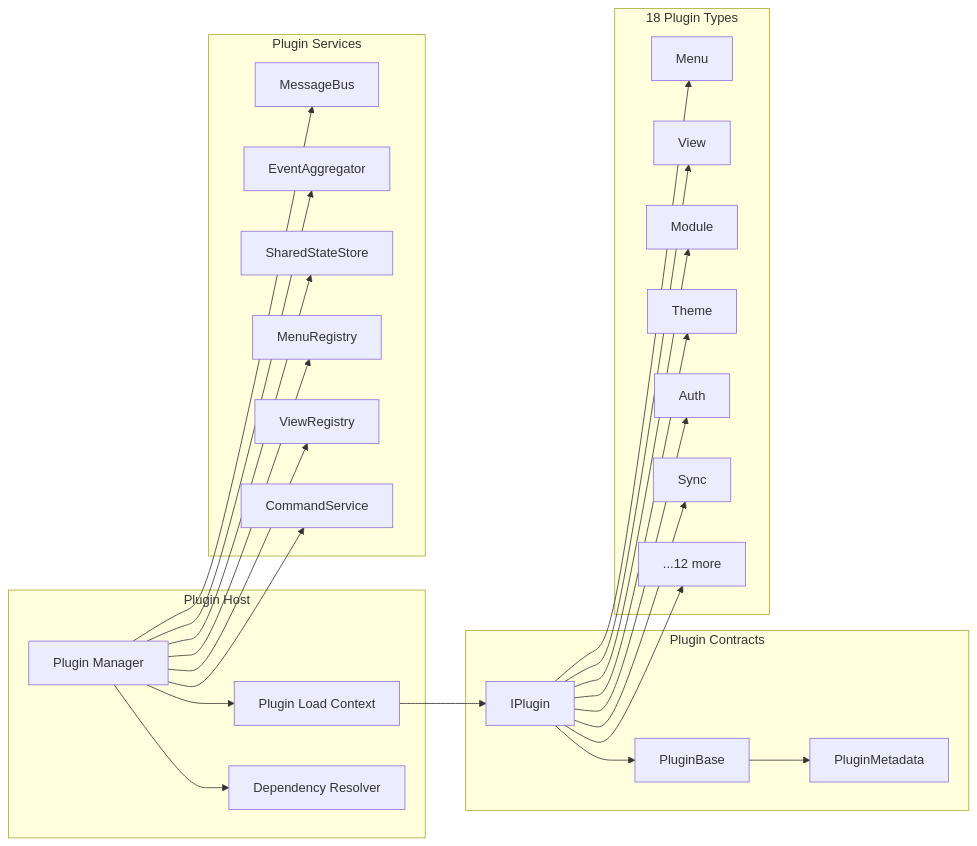
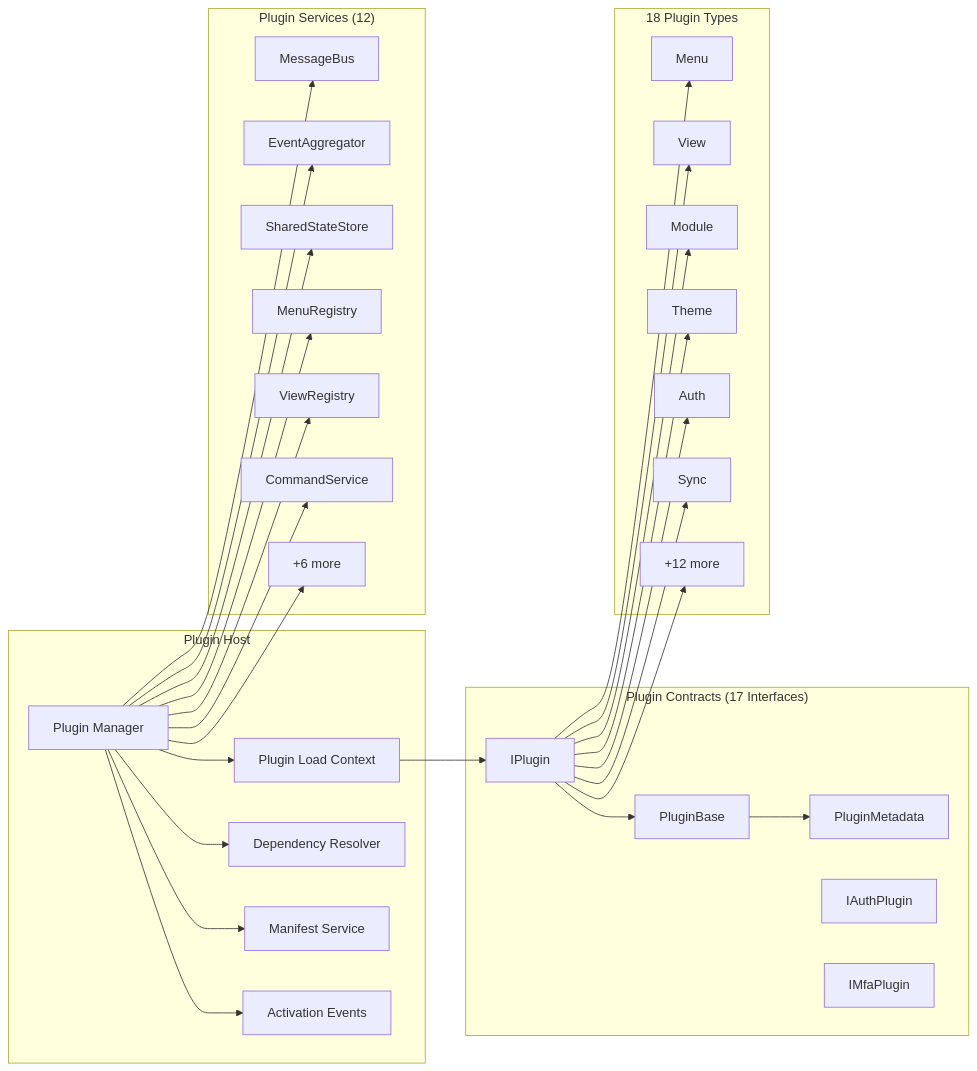
Before and after one commit to jrjohn/arcana-windows: the third of 8 diagrams in README.md, drawn with Mermaid. The commit also changed other lines of this file and 914 other files, not shown here.

````diff
--- a/README.md
+++ b/README.md
@@ -443,54 +456,62 @@
 ```mermaid
 flowchart LR
     subgraph PluginHost["Plugin Host"]
         PM[Plugin Manager]
         PLC[Plugin Load Context]
         DR[Dependency Resolver]
+        MS[Manifest Service]
+        AE[Activation Events]
     end
 
-    subgraph PluginContract["Plugin Contracts"]
+    subgraph PluginContract["Plugin Contracts (17 Interfaces)"]
         IP[IPlugin]
         PB[PluginBase]
         PM2[PluginMetadata]
+        IAP[IAuthPlugin]
+        IMP[IMfaPlugin]
     end
 
-    subgraph PluginServices["Plugin Services"]
+    subgraph PluginServices["Plugin Services (12)"]
         MB[MessageBus]
         EA[EventAggregator]
         SS[SharedStateStore]
         MR[MenuRegistry]
         VR[ViewRegistry]
         CS[CommandService]
+        More2[+6 more]
     end
 
     subgraph PluginTypes["18 Plugin Types"]
         Menu[Menu]
         View[View]
         Module[Module]
         Theme[Theme]
         Auth[Auth]
         Sync[Sync]
-        More[...12 more]
+        More[+12 more]
     end
 
     PM --> PLC
     PM --> DR
+    PM --> MS
+    PM --> AE
     PLC --> IP
     IP --> PB
     PB --> PM2
 
     PM --> MB
     PM --> EA
     PM --> SS
     PM --> MR
     PM --> VR
     PM --> CS
+    PM --> More2
 
     IP --> Menu
     IP --> View
     IP --> Module
     IP --> Theme
     IP --> Auth
     IP --> Sync
     IP --> More
 ```
````
